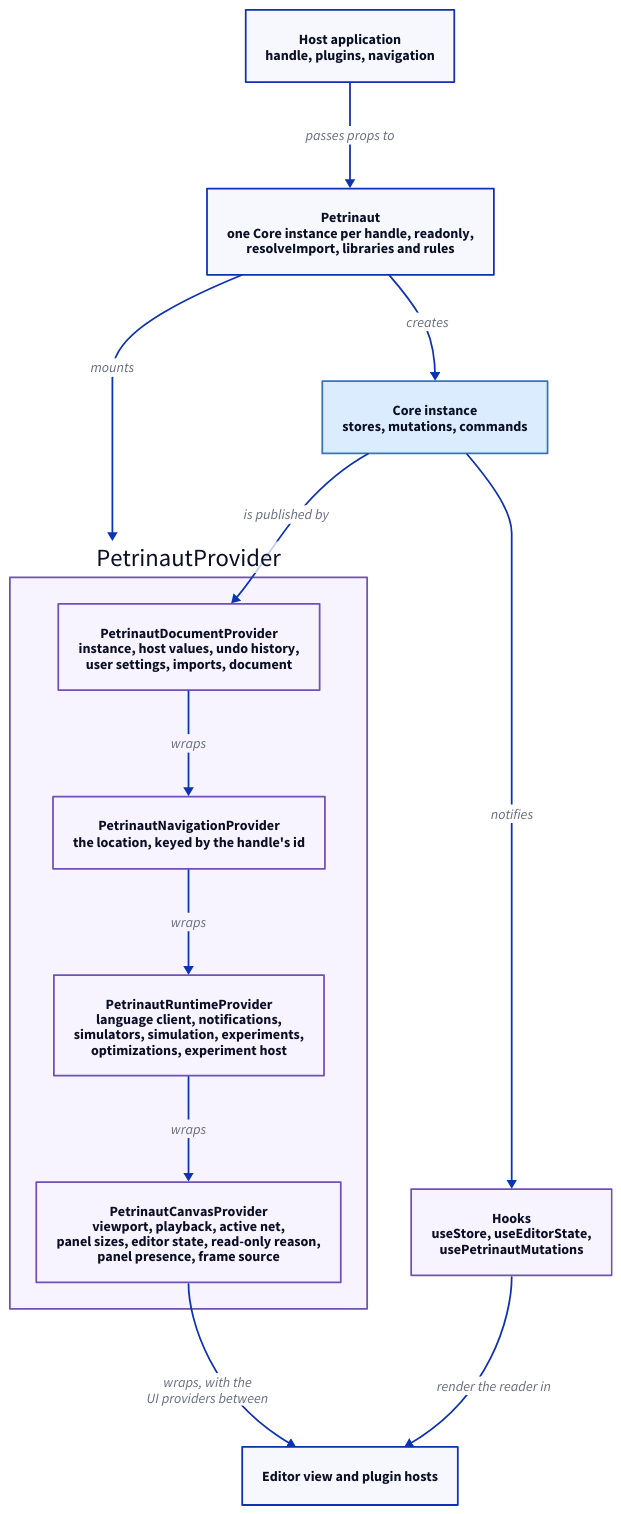
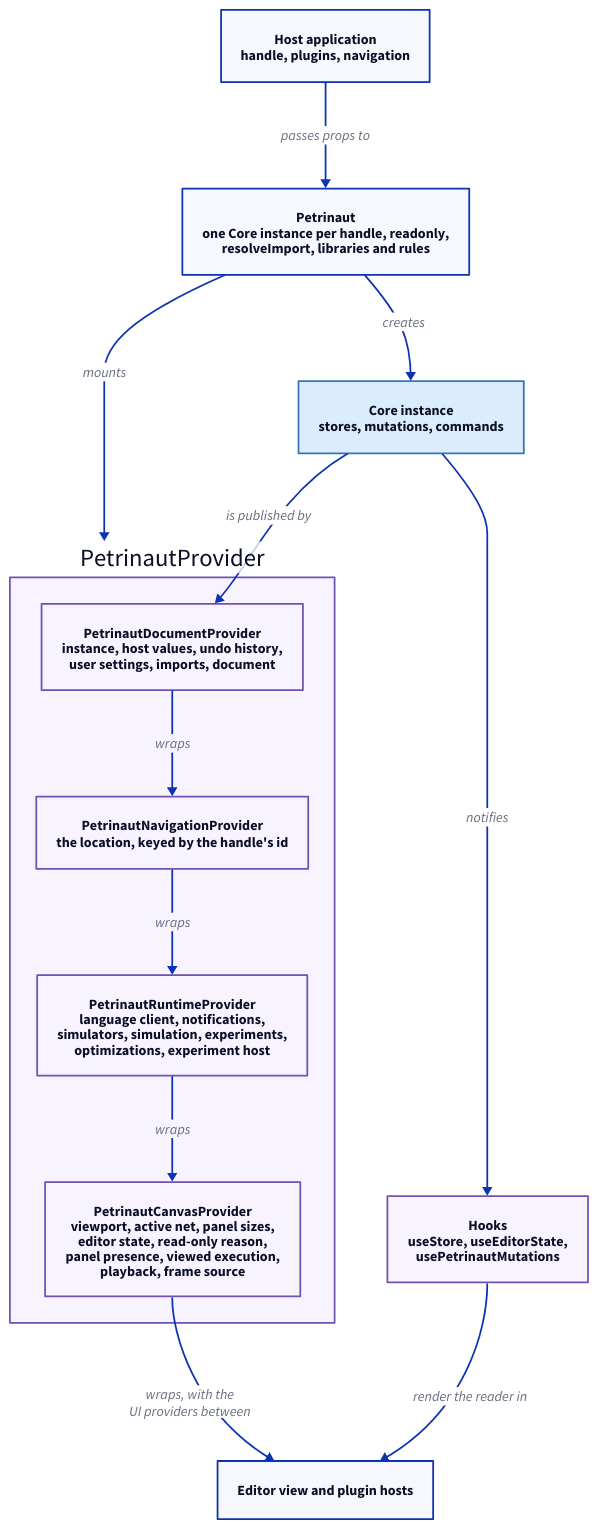
One commit to hashintel/hash changed the diagram in libs/@hashintel/petrinaut/src/react/provider-stack.d2. Above: the diagram before and after it, drawn with D2. The commit also changed 59 other files, not shown here.

```diff
--- a/libs/@hashintel/petrinaut/src/react/provider-stack.d2
+++ b/libs/@hashintel/petrinaut/src/react/provider-stack.d2
@@ -1,32 +1,32 @@
 # Hand-written; rendered by the arch-docs build. React providers use the
 # purple palette, the Core instance the blue one.
 direction: down
 
 classes: {
   react: {style.fill: "#f7f4ff"; style.stroke: "#7051b5"}
   core: {style.fill: "#dcecff"; style.stroke: "#3676b8"}
 }
 
 host: "Host application\nhandle, plugins, navigation"
 petrinaut: "Petrinaut\none Core instance per handle, readonly,\nresolveImport, libraries and rules"
 core: "Core instance\nstores, mutations, commands" {class: core}
 provider: "PetrinautProvider" {
   class: react
   doc: "PetrinautDocumentProvider\ninstance, host values, undo history,\nuser settings, imports, document" {class: react}
   navigation: "PetrinautNavigationProvider\nthe location, keyed by the handle's id" {class: react}
   runtime: "PetrinautRuntimeProvider\nlanguage client, notifications,\nsimulators, simulation, experiments,\noptimizations, experiment host" {class: react}
-  canvas: "PetrinautCanvasProvider\nviewport, playback, active net,\npanel sizes, editor state, read-only reason,\npanel presence, frame source" {class: react}
+  canvas: "PetrinautCanvasProvider\nviewport, active net, panel sizes,\neditor state, read-only reason,\npanel presence, viewed execution,\nplayback, frame source" {class: react}
 }
 hooks: "Hooks\nuseStore, useEditorState,\nusePetrinautMutations" {class: react}
 ui: "Editor view and plugin hosts"
 
 host -> petrinaut: "passes props to"
 petrinaut -> core: "creates"
 petrinaut -> provider: "mounts"
 core -> provider.doc: "is published by"
 provider.doc -> provider.navigation: "wraps"
 provider.navigation -> provider.runtime: "wraps"
 provider.runtime -> provider.canvas: "wraps"
 provider.canvas -> ui: "wraps, with the\nUI providers between"
 core -> hooks: "notifies"
 hooks -> ui: "render the reader in"
```
